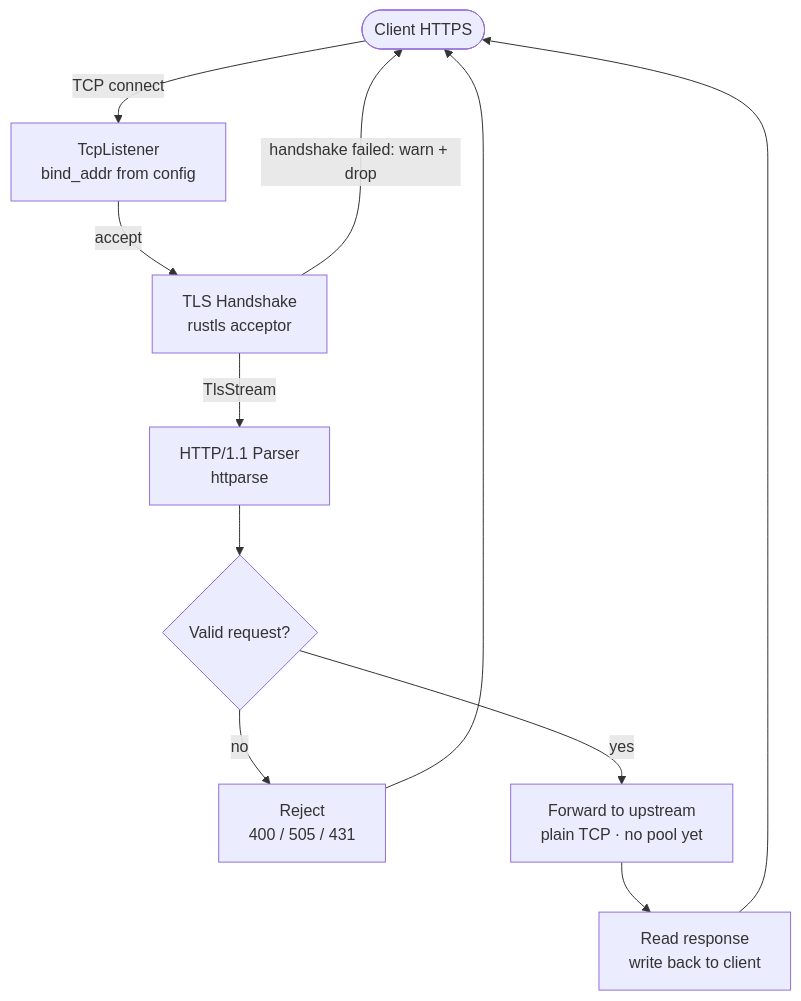
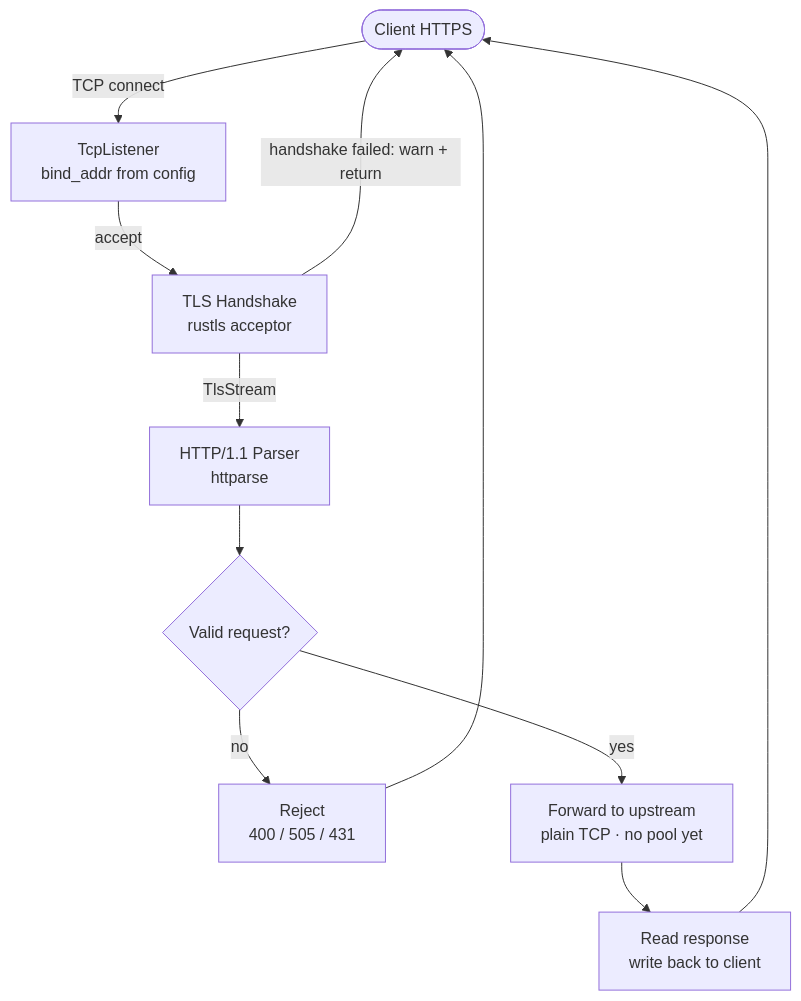
The first of 2 diagrams in docs/implementation/phase1a.md (Gme-muriuki/SROx), drawn with Mermaid before and after one commit. The commit also changed other lines of this file and 3 other files, not shown here.

````diff
--- a/docs/implementation/phase1a.md
+++ b/docs/implementation/phase1a.md
@@ -25,22 +25,22 @@
 ```mermaid
 flowchart TD
     Client([Client HTTPS])
     TCP[TcpListener\nbind_addr from config]
     TLS[TLS Handshake\nrustls acceptor]
     HTTP[HTTP/1.1 Parser\nhttparse]
     Validate{Valid request?}
     Reject[Reject\n400 / 505 / 431]
     Forward[Forward to upstream\nplain TCP · no pool yet]
     Response[Read response\nwrite back to client]
 
     Client -->|TCP connect| TCP
     TCP -->|accept| TLS
-    TLS -->|handshake failed: warn + drop| Client
+    TLS -->|handshake failed: warn + return| Client
     TLS -->|TlsStream| HTTP
     HTTP --> Validate
     Validate -->|no| Reject
     Reject --> Client
     Validate -->|yes| Forward
     Forward --> Response
     Response --> Client
 ```
````
